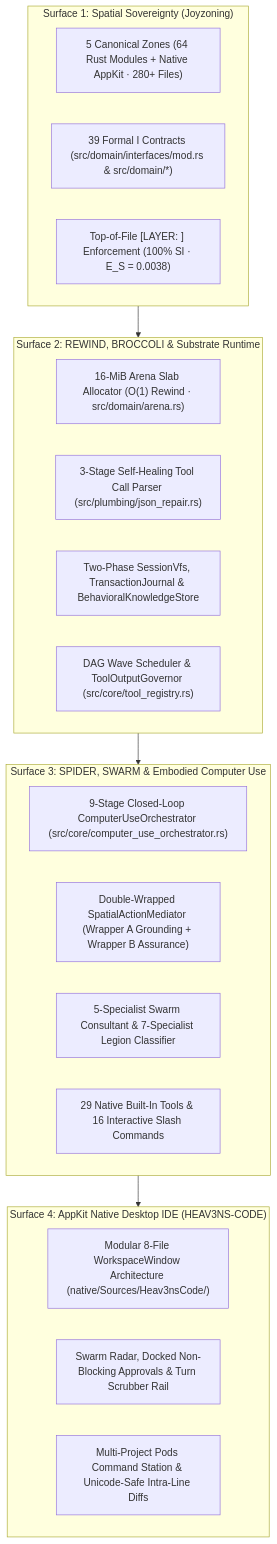
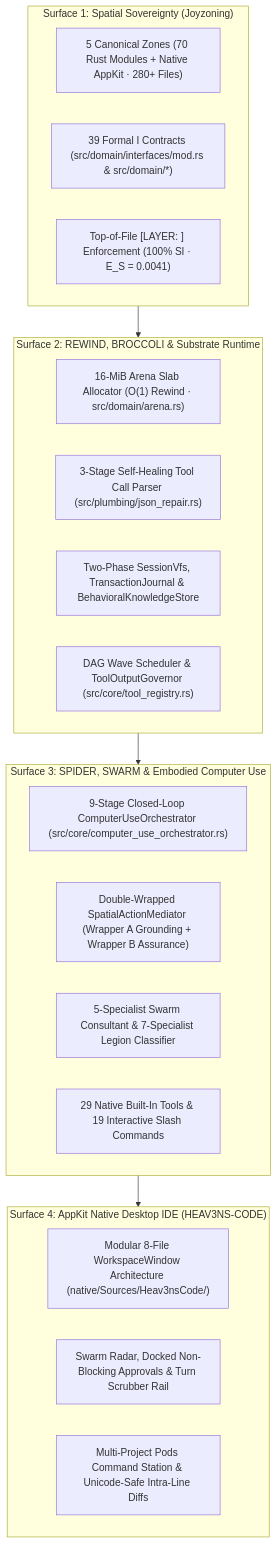
The diagram in docs/AGENT_STACK.md (CardSorting/HEAV3NS-MICRO), drawn with Mermaid before and after one commit. The commit also changed other lines of this file and 24 other files, not shown here.

Commit message:
docs(architecture): complete documentation sync for Zenith pass (ADR-0012, ADR-0013, 70 modules, 66 Rust / 315 Swift tests, context HUD)

````diff
--- a/docs/AGENT_STACK.md
+++ b/docs/AGENT_STACK.md
@@ -28,30 +28,30 @@
 ```mermaid
 flowchart TD
   subgraph Surface1 ["Surface 1: Spatial Sovereignty (Joyzoning)"]
-    ZONES["5 Canonical Zones (64 Rust Modules + Native AppKit · 280+ Files)"]
+    ZONES["5 Canonical Zones (70 Rust Modules + Native AppKit · 280+ Files)"]
     CONTRACTS["39 Formal I<Name> Contracts (src/domain/interfaces/mod.rs & src/domain/*)"]
-    HEADER["Top-of-File [LAYER: <ZONE>] Enforcement (100% SI · E_S = 0.0038)"]
+    HEADER["Top-of-File [LAYER: <ZONE>] Enforcement (100% SI · E_S = 0.0041)"]
   end
 
   subgraph Surface2 ["Surface 2: REWIND, BROCCOLI & Substrate Runtime"]
     ARENA["16-MiB Arena Slab Allocator (O(1) Rewind · src/domain/arena.rs)"]
     PARSER["3-Stage Self-Healing Tool Call Parser (src/plumbing/json_repair.rs)"]
     VFS["Two-Phase SessionVfs, TransactionJournal & BehavioralKnowledgeStore"]
     WAVE["DAG Wave Scheduler & ToolOutputGovernor (src/core/tool_registry.rs)"]
   end
 
   subgraph Surface3 ["Surface 3: SPIDER, SWARM & Embodied Computer Use"]
     ORCH["9-Stage Closed-Loop ComputerUseOrchestrator (src/core/computer_use_orchestrator.rs)"]
     SPATIAL["Double-Wrapped SpatialActionMediator (Wrapper A Grounding + Wrapper B Assurance)"]
     SWARM_C["5-Specialist Swarm Consultant & 7-Specialist Legion Classifier"]
-    TOOLS["29 Native Built-In Tools & 16 Interactive Slash Commands"]
+    TOOLS["29 Native Built-In Tools & 19 Interactive Slash Commands"]
   end
 
   subgraph Surface4 ["Surface 4: AppKit Native Desktop IDE (HEAV3NS-CODE)"]
     WINDOW["Modular 8-File WorkspaceWindow Architecture (native/Sources/Heav3nsCode/)"]
     RADAR["Swarm Radar, Docked Non-Blocking Approvals & Turn Scrubber Rail"]
     PODS["Multi-Project Pods Command Station & Unicode-Safe Intra-Line Diffs"]
   end
 
   Surface1 --> Surface2 --> Surface3 --> Surface4
 ```
````
